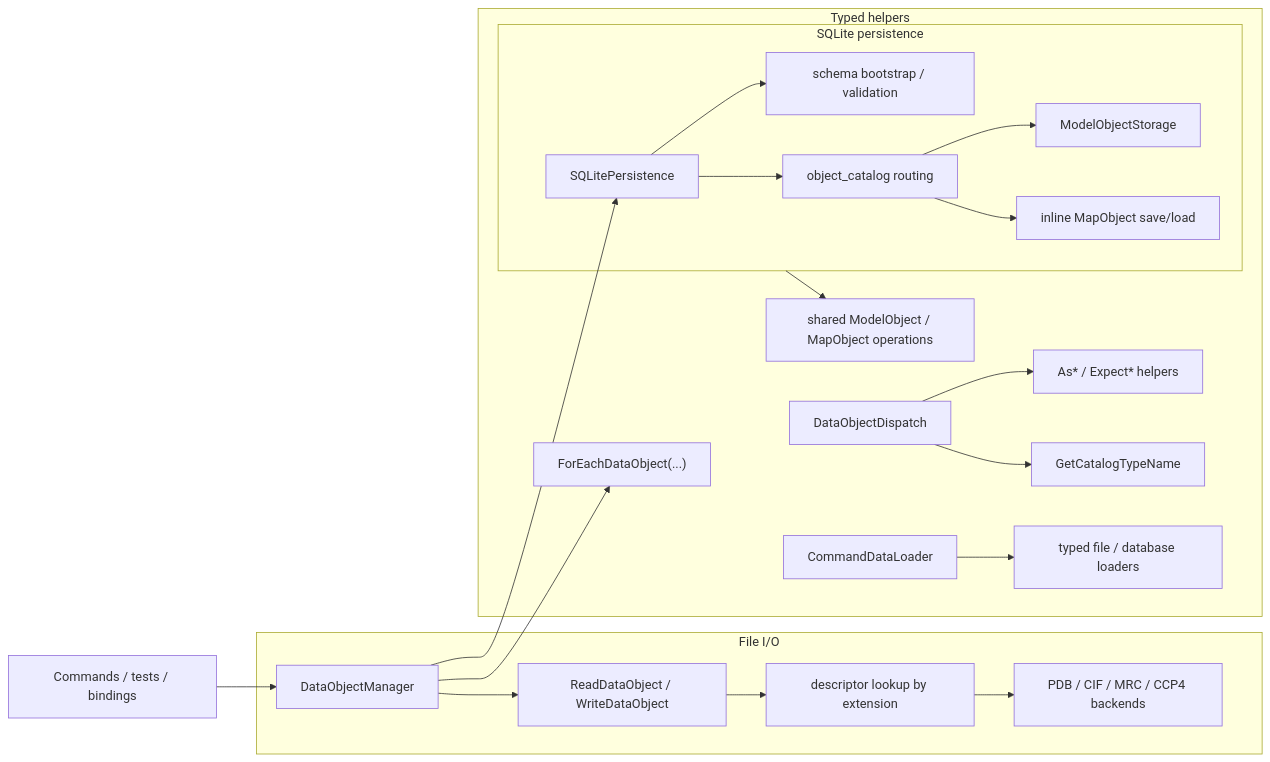
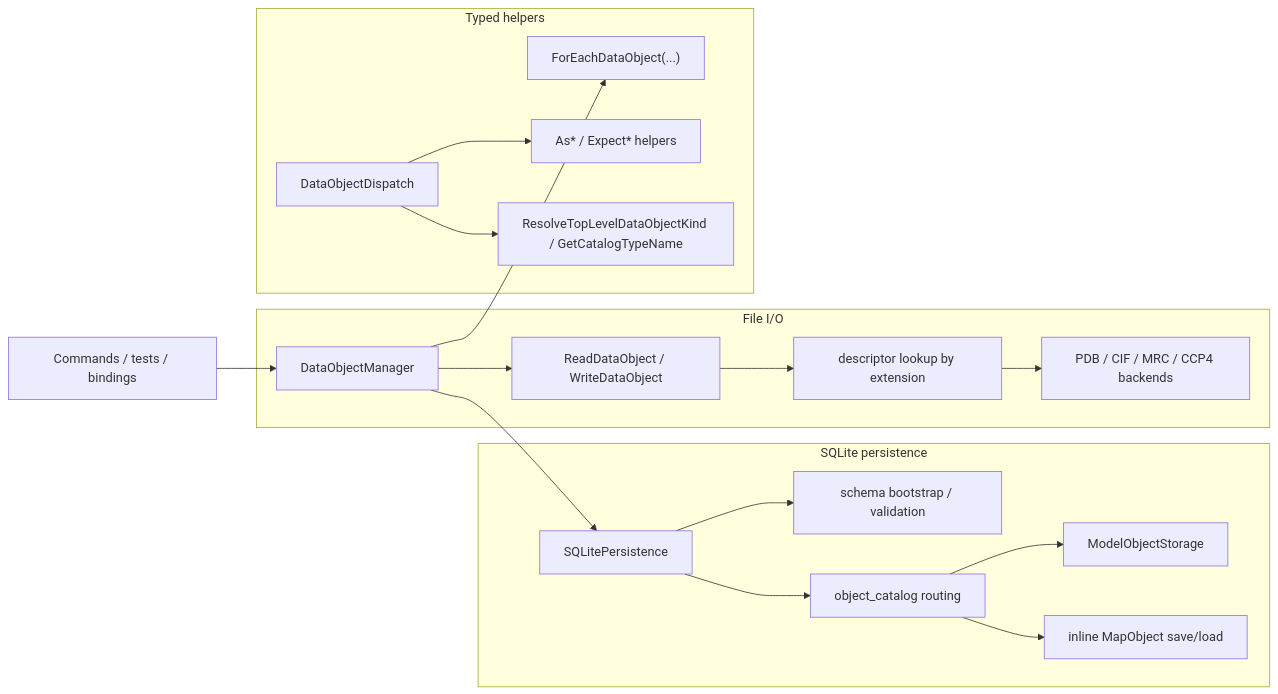
The diagram in docs/developer/architecture/dataobject-io-architecture.md (yslianTim/rhbm_gem), drawn with Mermaid before and after one commit. The commit also changed other lines of this file and 16 other files, not shown here.

Commit message:
DataObject I/O system cleanup

````diff
--- a/docs/developer/architecture/dataobject-io-architecture.md
+++ b/docs/developer/architecture/dataobject-io-architecture.md
@@ -48,26 +48,24 @@
 ```mermaid
 flowchart LR
     A["Commands / tests / bindings"] --> B["DataObjectManager"]
 
     subgraph F["File I/O"]
       B --> C["ReadDataObject / WriteDataObject"]
       C --> D["descriptor lookup by extension"]
       D --> E["PDB / CIF / MRC / CCP4 backends"]
     end
 
     subgraph P["SQLite persistence"]
       B --> H["SQLitePersistence"]
       H --> I["schema bootstrap / validation"]
       H --> J["object_catalog routing"]
       J --> K["ModelObjectStorage"]
       J --> L["inline MapObject save/load"]
     end
 
     subgraph T["Typed helpers"]
       B --> M["ForEachDataObject(...)"]
       N["DataObjectDispatch"] --> N1["As* / Expect* helpers"]
-      N --> N2["GetCatalogTypeName"]
-      O["CommandDataLoader"] --> O1["typed file / database loaders"]
-      P["CommandModelSupport"] --> P1["shared ModelObject / MapObject operations"]
+      N --> N2["ResolveTopLevelDataObjectKind / GetCatalogTypeName"]
     end
 ```
````
